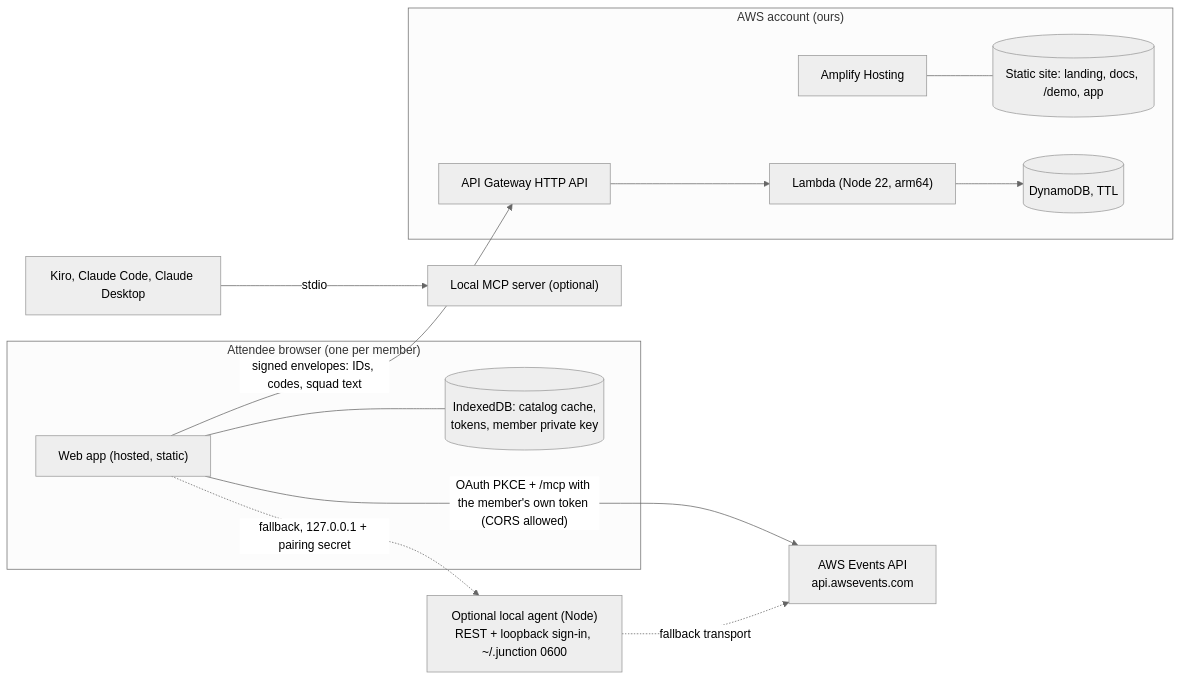
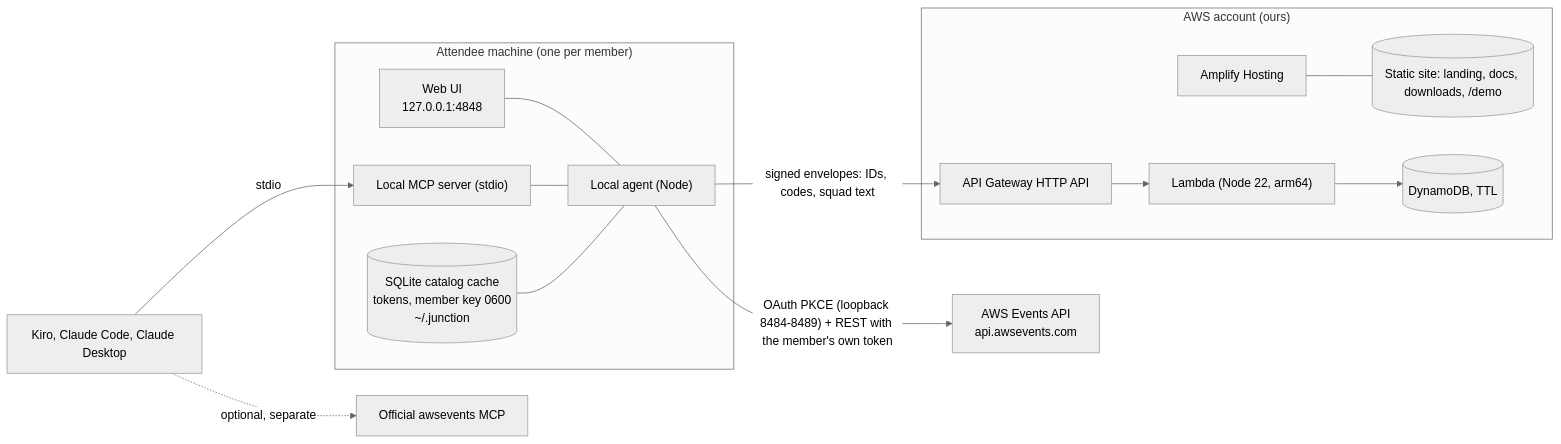
The diagram in docs/02-ARCHITECTURE.md (codecr/junction-hackhaton), drawn with Mermaid (neutral theme) before and after one commit. The commit also changed other lines of this file and 5 other files, not shown here.

First line of the commit message:
docs: make the local agent primary, drop browser-side sign-in

````diff
--- a/docs/02-ARCHITECTURE.md
+++ b/docs/02-ARCHITECTURE.md
@@ -5,15 +5,16 @@
 ```mermaid
 flowchart LR
-  subgraph Browser["Attendee browser (one per member)"]
-    UI["Web app (hosted, static)"] --- Store[("IndexedDB: catalog cache,<br/>tokens, member private key")]
+  subgraph Machine["Attendee machine (one per member)"]
+    UI["Web UI<br/>127.0.0.1:4848"] --- Agent["Local agent (Node)"]
+    MCPL["Local MCP server (stdio)"] --- Agent
+    Store[("SQLite catalog cache<br/>tokens, member key 0600<br/>~/.junction")] --- Agent
   end
-  UI -- "OAuth PKCE + /mcp with the member's own token (CORS allowed)" --> Events["AWS Events API<br/>api.awsevents.com"]
-  UI -- "signed envelopes: IDs, codes, squad text" --> Relay
-  Agent["Optional local agent (Node)<br/>REST + loopback sign-in, ~/.junction 0600"] -. "fallback transport" .-> Events
-  UI -. "fallback, 127.0.0.1 + pairing secret" .-> Agent
-  Assistant["Kiro, Claude Code, Claude Desktop"] -- stdio --> MCPL["Local MCP server (optional)"]
+  Agent -- "OAuth PKCE (loopback 8484-8489) + REST with the member's own token" --> Events["AWS Events API<br/>api.awsevents.com"]
+  Agent -- "signed envelopes: IDs, codes, squad text" --> Relay
+  Assistant["Kiro, Claude Code, Claude Desktop"] -- stdio --> MCPL
+  Assistant -. "optional, separate" .-> OfficialMCP["Official awsevents MCP"]
   subgraph AWS["AWS account (ours)"]
-    Amp["Amplify Hosting"] --- Site[("Static site: landing, docs, /demo, app")]
+    Amp["Amplify Hosting"] --- Site[("Static site: landing, docs, downloads, /demo")]
     Relay["API Gateway HTTP API"] --> Fn["Lambda (Node 22, arm64)"] --> DDB[("DynamoDB, TTL")]
   end
 ```
````
